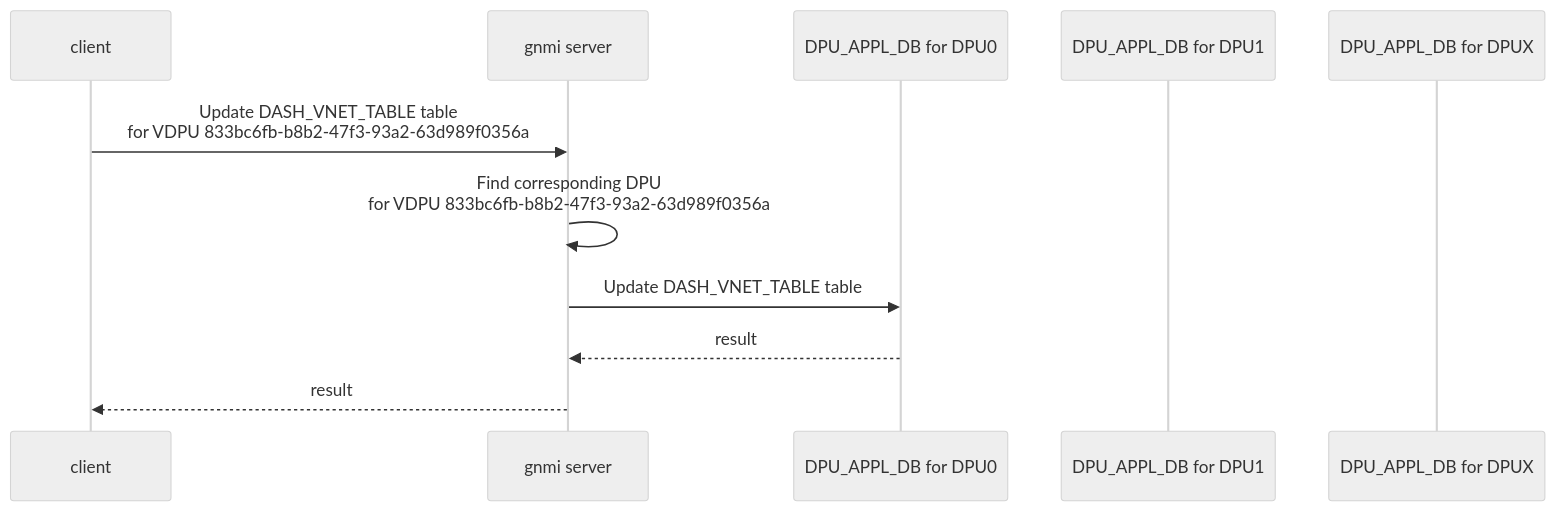
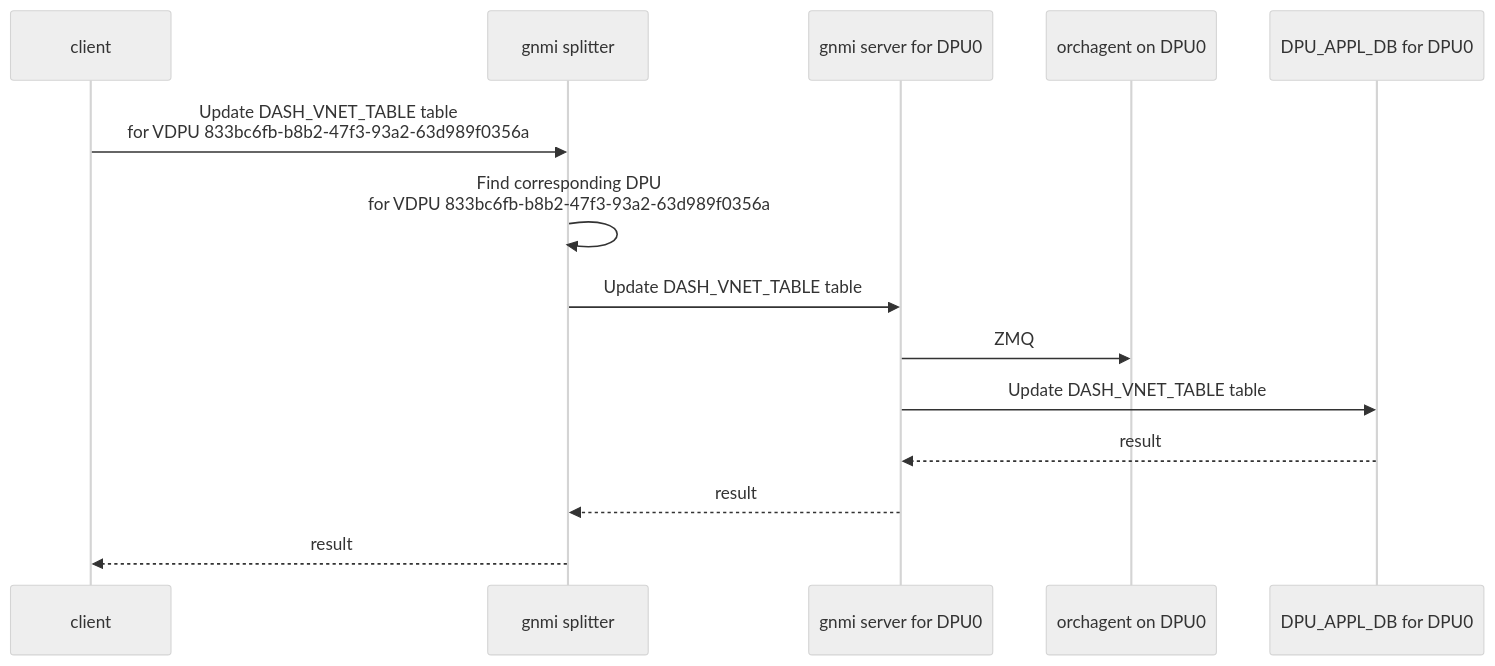
One commit to wen587/mermaid changed the diagram in VDPU_PROGRAMMING.md. Above: the diagram before and after it, drawn with Mermaid (neutral theme).

````diff
--- a/VDPU_PROGRAMMING.md
+++ b/VDPU_PROGRAMMING.md
@@ -1,13 +1,16 @@
 ```mermaid
 sequenceDiagram
     participant client
-    participant gnmi server
+    participant gnmi splitter
+    participant gnmi server for DPU0
+    participant orchagent on DPU0
     participant DPU_APPL_DB for DPU0
-    participant DPU_APPL_DB for DPU1
-    participant DPU_APPL_DB for DPUX
-    client->>gnmi server: Update DASH_VNET_TABLE table<br>for VDPU 833bc6fb-b8b2-47f3-93a2-63d989f0356a
-    gnmi server->>gnmi server: Find corresponding DPU<br> for VDPU 833bc6fb-b8b2-47f3-93a2-63d989f0356a
-    gnmi server->>DPU_APPL_DB for DPU0: Update DASH_VNET_TABLE table
-    DPU_APPL_DB for DPU0-->>gnmi server: result
-    gnmi server-->>client: result
+    client->>gnmi splitter: Update DASH_VNET_TABLE table<br>for VDPU 833bc6fb-b8b2-47f3-93a2-63d989f0356a
+    gnmi splitter->>gnmi splitter: Find corresponding DPU<br> for VDPU 833bc6fb-b8b2-47f3-93a2-63d989f0356a
+    gnmi splitter->>gnmi server for DPU0: Update DASH_VNET_TABLE table
+    gnmi server for DPU0->>orchagent on DPU0: ZMQ
+    gnmi server for DPU0->>DPU_APPL_DB for DPU0: Update DASH_VNET_TABLE table
+    DPU_APPL_DB for DPU0-->>gnmi server for DPU0: result
+    gnmi server for DPU0-->>gnmi splitter: result
+    gnmi splitter-->>client: result
 ```
````
